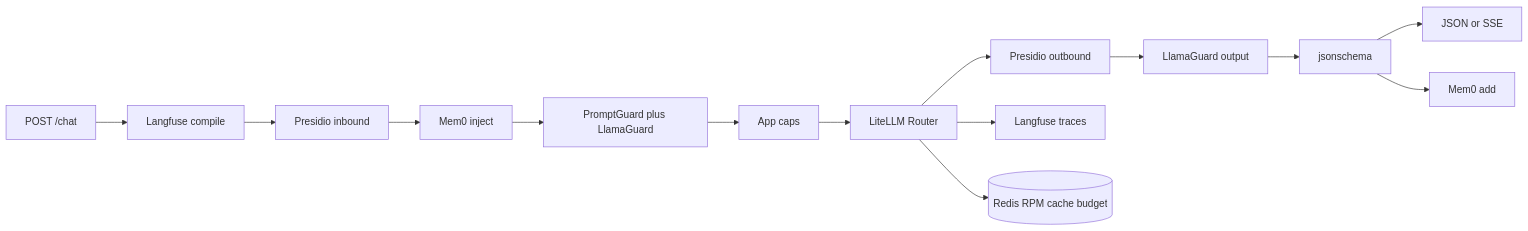
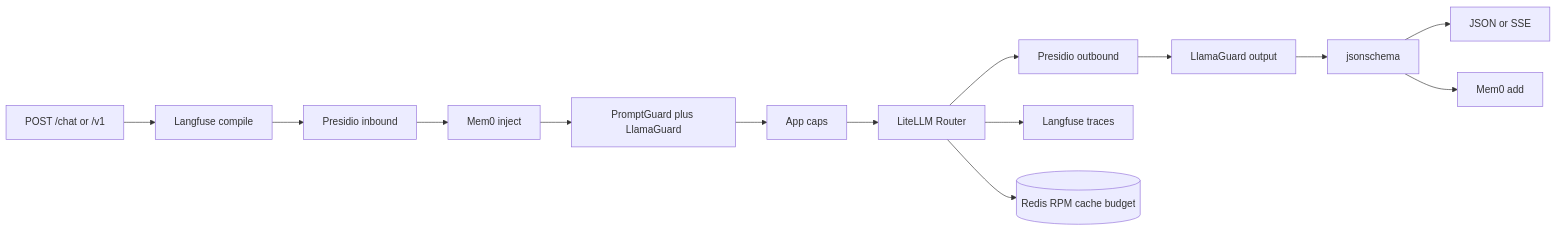
One commit to M1ndSmith/ReaLLM changed the diagram in docs/architecture.md. Above: the diagram before and after it, drawn with Mermaid. The commit also changed other lines of this file and 23 other files, not shown here.

````diff
--- a/docs/architecture.md
+++ b/docs/architecture.md
@@ -11,16 +11,16 @@
 ```mermaid
 flowchart LR
-  req[POST /chat] --> prompts[Langfuse compile]
+  req[POST /chat or /v1] --> prompts[Langfuse compile]
   prompts --> piiIn[Presidio inbound]
   piiIn --> mem[Mem0 inject]
   mem --> guardIn[PromptGuard plus LlamaGuard]
   guardIn --> budget[App caps]
   budget --> router[LiteLLM Router]
   router --> piiOut[Presidio outbound]
   piiOut --> guardOut[LlamaGuard output]
   guardOut --> schema[jsonschema]
   schema --> client[JSON or SSE]
   schema --> memAdd[Mem0 add]
   router --> obs[Langfuse traces]
   router --> redis[(Redis RPM cache budget)]
 ```
````
